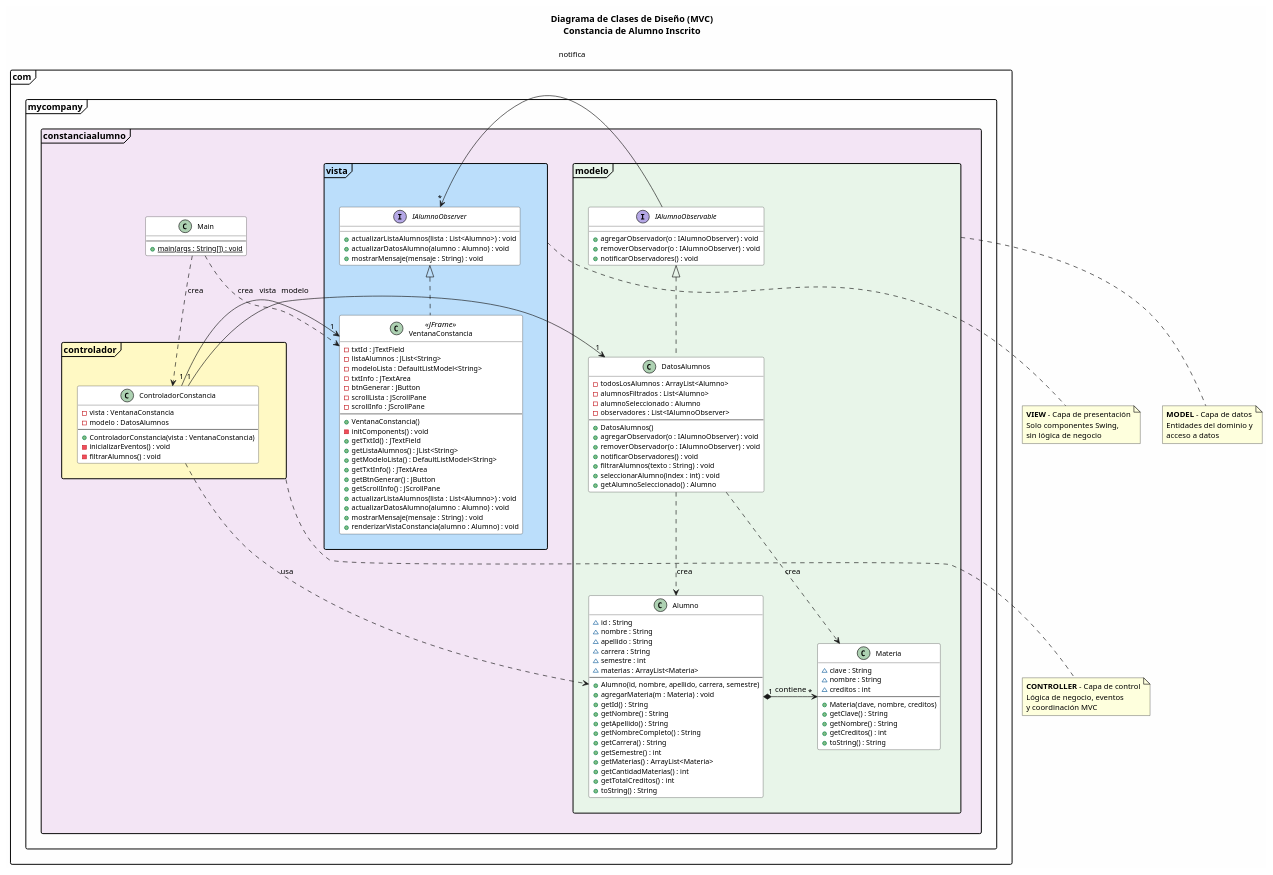
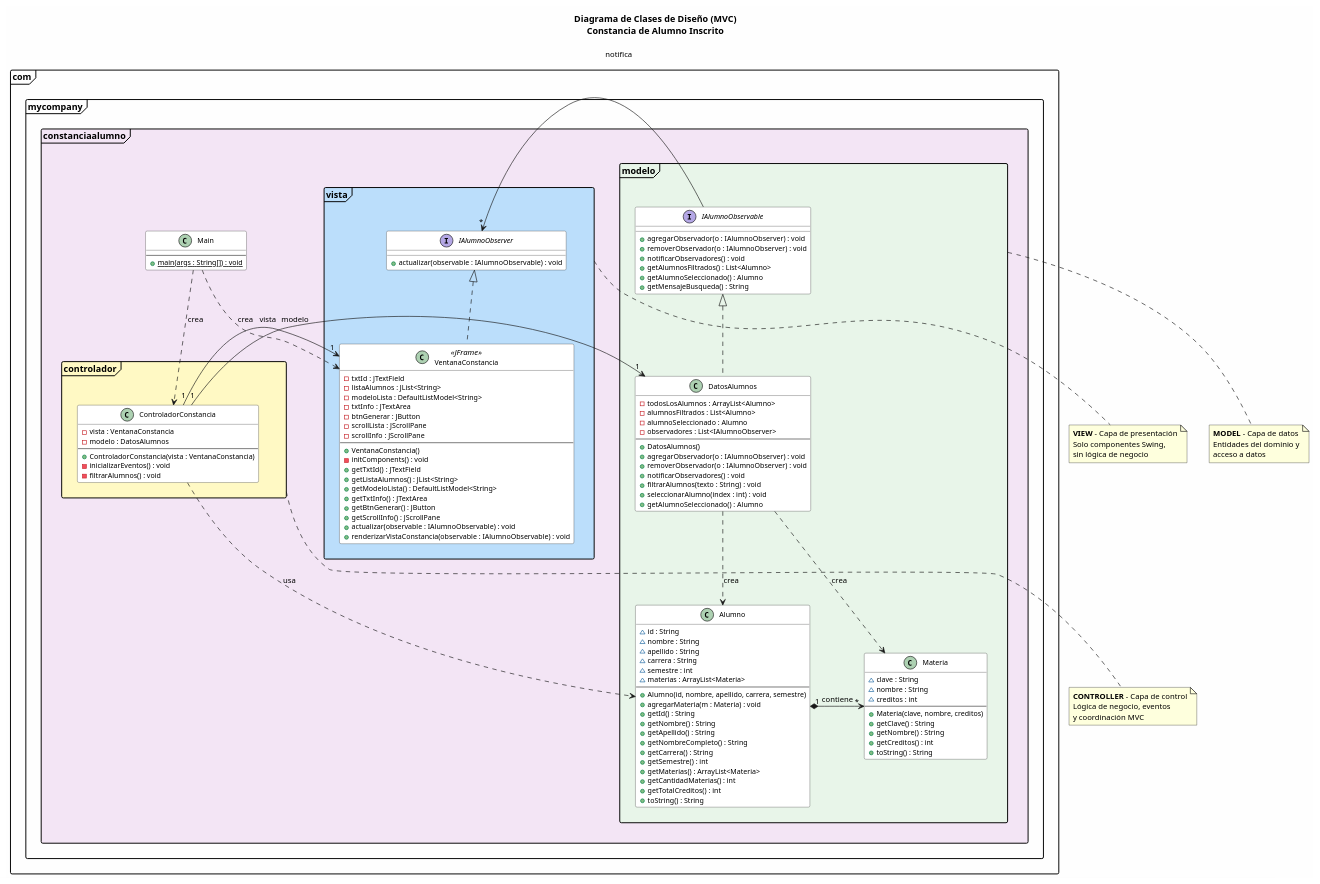
Before and after one commit to AlejandroMontijo/ConstanciaAlumno: the diagram in diagramas/04_clases_diseno_mvc.puml, drawn with PlantUML. The commit also changed 8 other files, not shown here.

Commit message:
Refactor Observer to use Pull model (Polymorphism) as requested, updating diagrams

```diff
--- a/diagramas/04_clases_diseno_mvc.puml
+++ b/diagramas/04_clases_diseno_mvc.puml
@@ -1,151 +1,150 @@
 @startuml
 skinparam backgroundColor #FEFEFE
 skinparam defaultFontSize 12
 skinparam classFontSize 13
 skinparam classAttributeFontSize 11
 skinparam packageFontSize 14
 skinparam packageStyle frame
 skinparam classBackgroundColor #FFFFFF
 skinparam classBorderColor #333333
 
 title Diagrama de Clases de Diseño (MVC)\nConstancia de Alumno Inscrito
 
 package "com.mycompany.constanciaalumno.modelo" #E8F5E9 {
     class Alumno {
         ~ id : String
         ~ nombre : String
         ~ apellido : String
         ~ carrera : String
         ~ semestre : int
         ~ materias : ArrayList<Materia>
         --
         + Alumno(id, nombre, apellido, carrera, semestre)
         + agregarMateria(m : Materia) : void
         + getId() : String
         + getNombre() : String
         + getApellido() : String
         + getNombreCompleto() : String
         + getCarrera() : String
         + getSemestre() : int
         + getMaterias() : ArrayList<Materia>
         + getCantidadMaterias() : int
         + getTotalCreditos() : int
         + toString() : String
     }
 
     class Materia {
         ~ clave : String
         ~ nombre : String
         ~ creditos : int
         --
         + Materia(clave, nombre, creditos)
         + getClave() : String
         + getNombre() : String
         + getCreditos() : int
         + toString() : String
     }
 
     interface IAlumnoObservable {
         + agregarObservador(o : IAlumnoObserver) : void
         + removerObservador(o : IAlumnoObserver) : void
         + notificarObservadores() : void
+        + getAlumnosFiltrados() : List<Alumno>
+        + getAlumnoSeleccionado() : Alumno
+        + getMensajeBusqueda() : String
     }
 
     class DatosAlumnos {
         - todosLosAlumnos : ArrayList<Alumno>
         - alumnosFiltrados : List<Alumno>
         - alumnoSeleccionado : Alumno
         - observadores : List<IAlumnoObserver>
         --
         + DatosAlumnos()
         + agregarObservador(o : IAlumnoObserver) : void
         + removerObservador(o : IAlumnoObserver) : void
         + notificarObservadores() : void
         + filtrarAlumnos(texto : String) : void
         + seleccionarAlumno(index : int) : void
         + getAlumnoSeleccionado() : Alumno
     }
 
     DatosAlumnos .up.|> IAlumnoObservable
 
     Alumno "1" *-right-> "*" Materia : contiene
     DatosAlumnos ..> Alumno : crea
     DatosAlumnos ..> Materia : crea
 }
 
 package "com.mycompany.constanciaalumno.vista" #BBDEFB {
     interface IAlumnoObserver {
-        + actualizarListaAlumnos(lista : List<Alumno>) : void
-        + actualizarDatosAlumno(alumno : Alumno) : void
-        + mostrarMensaje(mensaje : String) : void
+        + actualizar(observable : IAlumnoObservable) : void
     }
 
     class VentanaConstancia <<JFrame>> {
         - txtId : JTextField
         - listaAlumnos : JList<String>
         - modeloLista : DefaultListModel<String>
         - txtInfo : JTextArea
         - btnGenerar : JButton
         - scrollLista : JScrollPane
         - scrollInfo : JScrollPane
         --
         + VentanaConstancia()
         - initComponents() : void
         + getTxtId() : JTextField
         + getListaAlumnos() : JList<String>
         + getModeloLista() : DefaultListModel<String>
         + getTxtInfo() : JTextArea
         + getBtnGenerar() : JButton
         + getScrollInfo() : JScrollPane
-        + actualizarListaAlumnos(lista : List<Alumno>) : void
-        + actualizarDatosAlumno(alumno : Alumno) : void
-        + mostrarMensaje(mensaje : String) : void
-        + renderizarVistaConstancia(alumno : Alumno) : void
+        + actualizar(observable : IAlumnoObservable) : void
+        + renderizarVistaConstancia(observable : IAlumnoObservable) : void
     }
     
     VentanaConstancia .up.|> IAlumnoObserver
 }
 
 package "com.mycompany.constanciaalumno.controlador" #FFF9C4 {
     class ControladorConstancia {
         - vista : VentanaConstancia
         - modelo : DatosAlumnos
         --
         + ControladorConstancia(vista : VentanaConstancia)
         - inicializarEventos() : void
         - filtrarAlumnos() : void
     }
 }
 
 package "com.mycompany.constanciaalumno" #F3E5F5 {
     class Main {
         --
         + {static} main(args : String[]) : void
     }
 }
 
 ControladorConstancia "1" -left-> "1" VentanaConstancia : vista
 ControladorConstancia "1" -down-> "1" DatosAlumnos : modelo
 ControladorConstancia ..> Alumno : usa
 IAlumnoObservable -> "*" IAlumnoObserver : notifica
 Main ..> VentanaConstancia : crea
 Main ..> ControladorConstancia : crea
 
 note bottom of "com.mycompany.constanciaalumno.modelo"
   **MODEL** - Capa de datos
   Entidades del dominio y
   acceso a datos
 end note
 
 note bottom of "com.mycompany.constanciaalumno.vista"
   **VIEW** - Capa de presentación
   Solo componentes Swing,
   sin lógica de negocio
 end note
 
 note bottom of "com.mycompany.constanciaalumno.controlador"
   **CONTROLLER** - Capa de control
   Lógica de negocio, eventos
   y coordinación MVC
 end note
 @enduml
```
